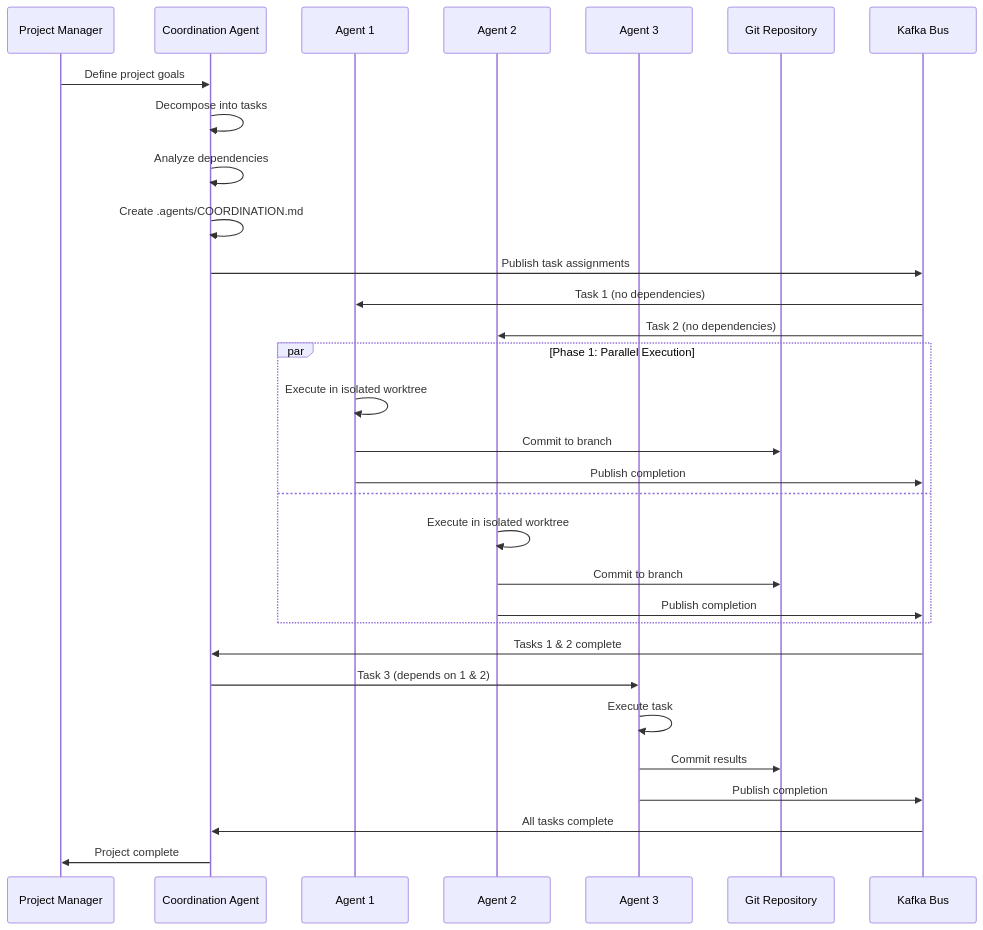
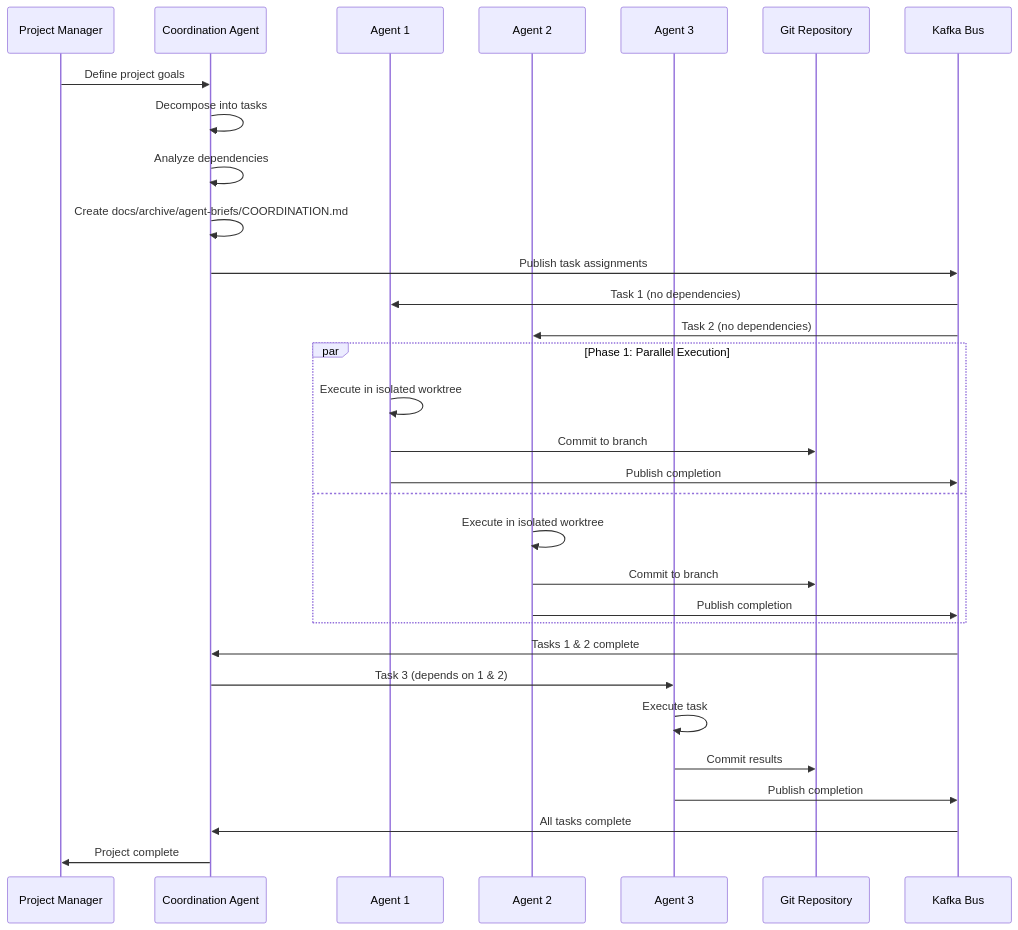
The fourth of 21 diagrams in docs/ARCHITECTURE_DIAGRAM.md (ryanmaclean/vibecode-webgui), drawn with Mermaid before and after one commit. The commit also changed other lines of this file and 599 other files, not shown here.

````diff
--- a/docs/ARCHITECTURE_DIAGRAM.md
+++ b/docs/ARCHITECTURE_DIAGRAM.md
@@ -199,38 +199,38 @@
 ```mermaid
 sequenceDiagram
     participant PM as Project Manager
     participant COORD as Coordination Agent
     participant A1 as Agent 1
     participant A2 as Agent 2
     participant A3 as Agent 3
     participant GIT as Git Repository
     participant KAFKA as Kafka Bus
 
     PM->>COORD: Define project goals
     COORD->>COORD: Decompose into tasks
     COORD->>COORD: Analyze dependencies
-    COORD->>COORD: Create .agents/COORDINATION.md
+    COORD->>COORD: Create docs/archive/agent-briefs/COORDINATION.md
 
     COORD->>KAFKA: Publish task assignments
     KAFKA->>A1: Task 1 (no dependencies)
     KAFKA->>A2: Task 2 (no dependencies)
 
     par Phase 1: Parallel Execution
         A1->>A1: Execute in isolated worktree
         A1->>GIT: Commit to branch
         A1->>KAFKA: Publish completion
         and
         A2->>A2: Execute in isolated worktree
         A2->>GIT: Commit to branch
         A2->>KAFKA: Publish completion
     end
 
     KAFKA->>COORD: Tasks 1 & 2 complete
     COORD->>A3: Task 3 (depends on 1 & 2)
     A3->>A3: Execute task
     A3->>GIT: Commit results
     A3->>KAFKA: Publish completion
 
     KAFKA->>COORD: All tasks complete
     COORD->>PM: Project complete
 ```
````
